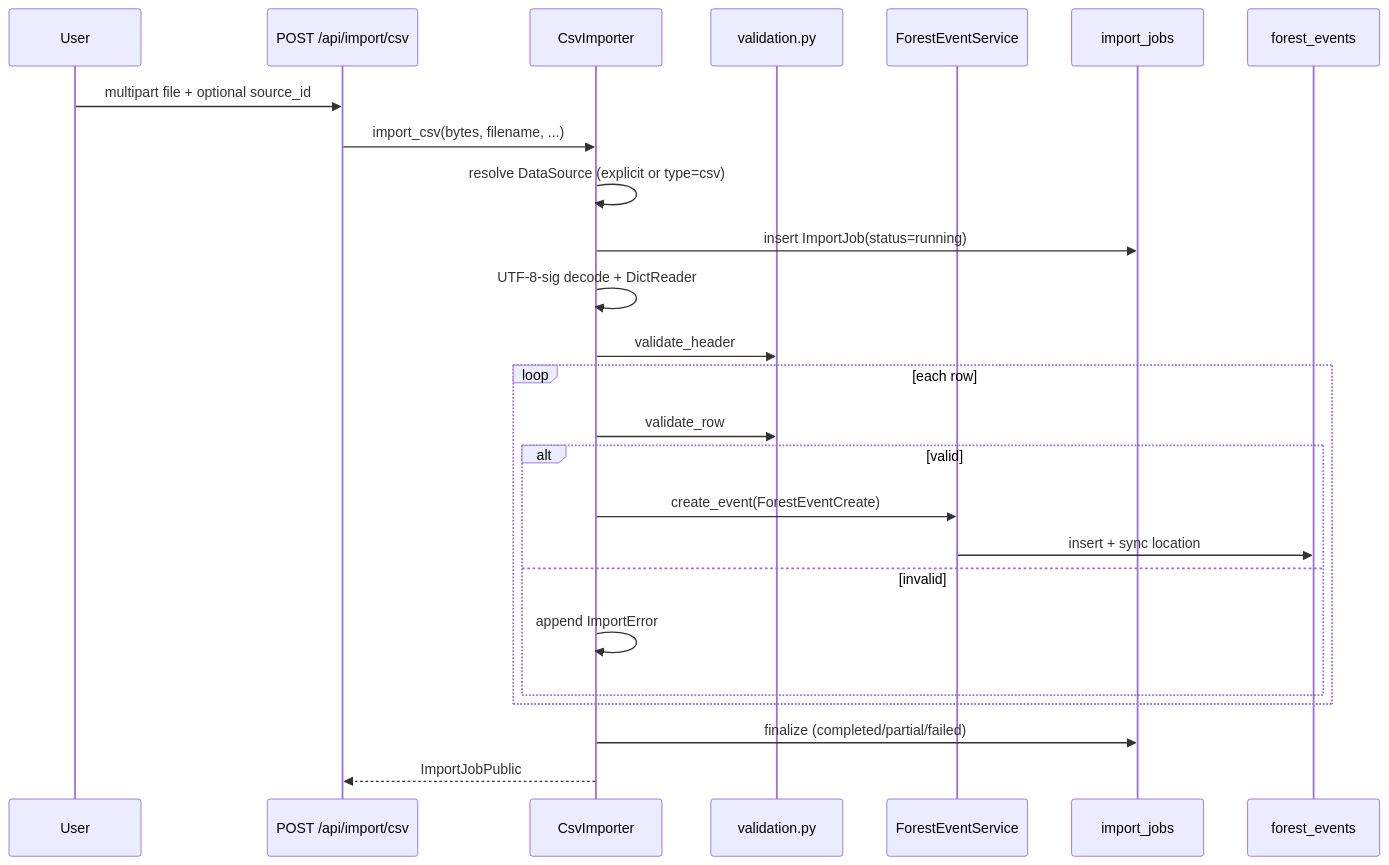
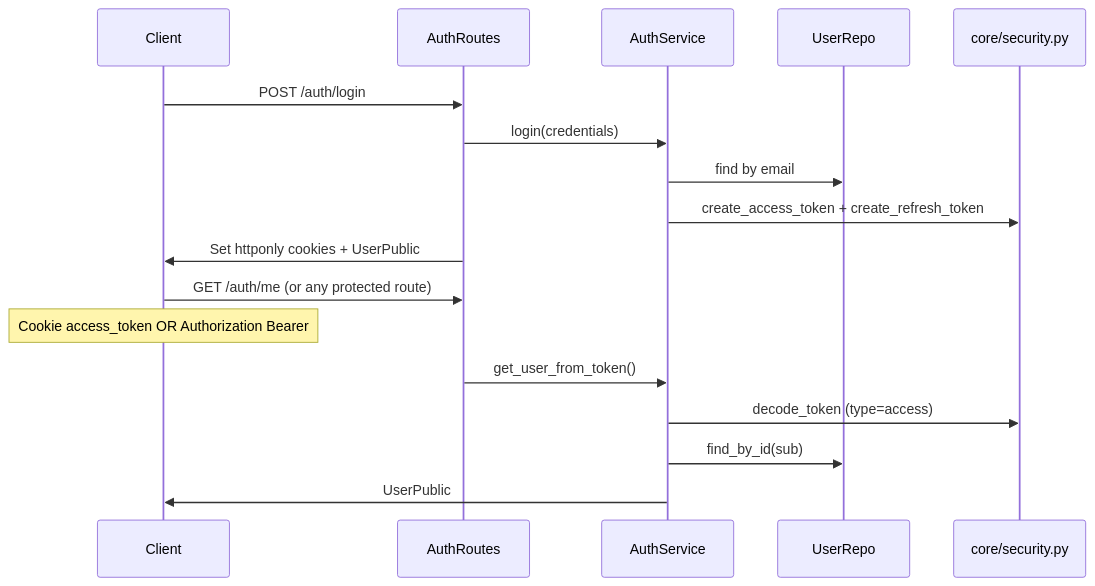
Before and after one commit to raulc66/deforestation-webapp: the fourth of 4 diagrams in deforestation-webapp-main/docs/ARCHITECTURE.md, drawn with Mermaid. The commit also changed other lines of this file and 180 other files, not shown here.

First line of the commit message:
Add Architecture v1.0 documentation and environmental intelligence platform.

````diff
--- a/deforestation-webapp-main/docs/ARCHITECTURE.md
+++ b/deforestation-webapp-main/docs/ARCHITECTURE.md
@@ -232,28 +329,21 @@
 ```mermaid
 sequenceDiagram
-    participant U as User
-    participant API as POST /api/import/csv
-    participant CI as CsvImporter
-    participant VAL as validation.py
-    participant FES as ForestEventService
-    participant IJ as import_jobs
-    participant FE as forest_events
+    participant Client
+    participant AuthRoutes
+    participant AuthService
+    participant UserRepo
+    participant JWT as core/security.py
 
-    U->>API: multipart file + optional source_id
-    API->>CI: import_csv(bytes, filename, ...)
-    CI->>CI: resolve DataSource (explicit or type=csv)
-    CI->>IJ: insert ImportJob(status=running)
-    CI->>CI: UTF-8-sig decode + DictReader
-    CI->>VAL: validate_header
-    loop each row
-        CI->>VAL: validate_row
-        alt valid
-            CI->>FES: create_event(ForestEventCreate)
-            FES->>FE: insert + sync location
-        else invalid
-            CI->>CI: append ImportError
-        end
-    end
-    CI->>IJ: finalize (completed/partial/failed)
-    CI-->>API: ImportJobPublic
+    Client->>AuthRoutes: POST /auth/login
+    AuthRoutes->>AuthService: login(credentials)
+    AuthService->>UserRepo: find by email
+    AuthService->>JWT: create_access_token + create_refresh_token
+    AuthRoutes->>Client: Set httponly cookies + UserPublic
+
+    Client->>AuthRoutes: GET /auth/me (or any protected route)
+    Note over Client: Cookie access_token OR Authorization Bearer
+    AuthRoutes->>AuthService: get_user_from_token()
+    AuthService->>JWT: decode_token (type=access)
+    AuthService->>UserRepo: find_by_id(sub)
+    AuthService->>Client: UserPublic
 ```
````
